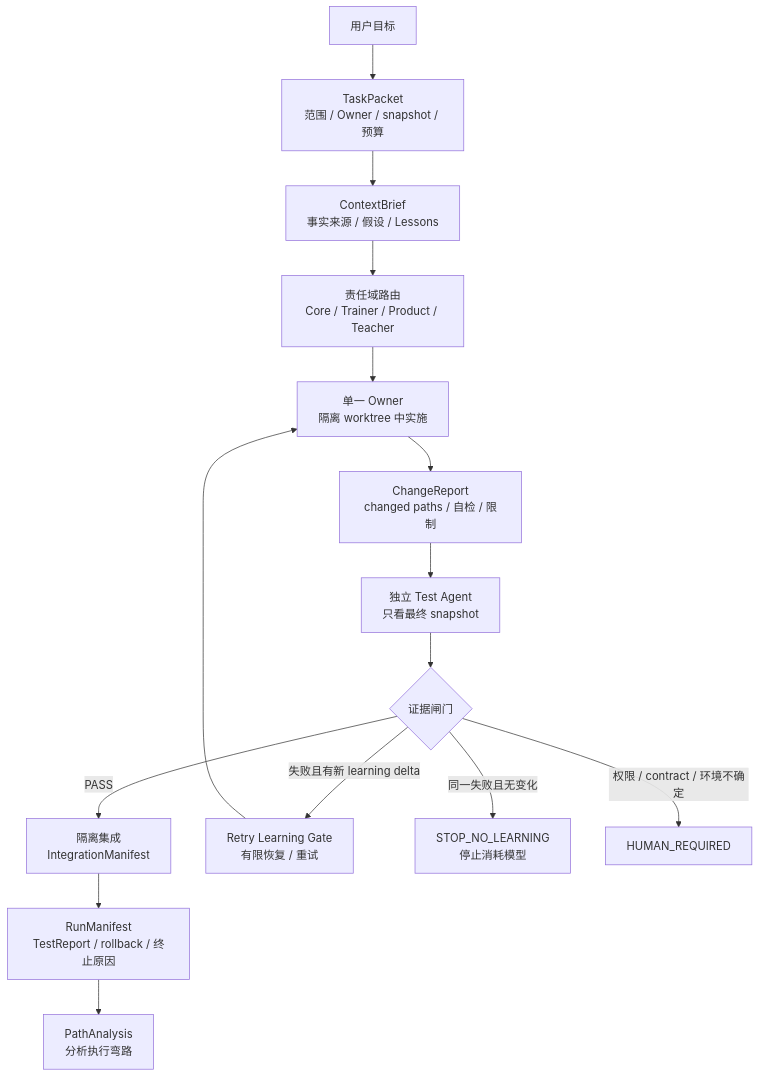
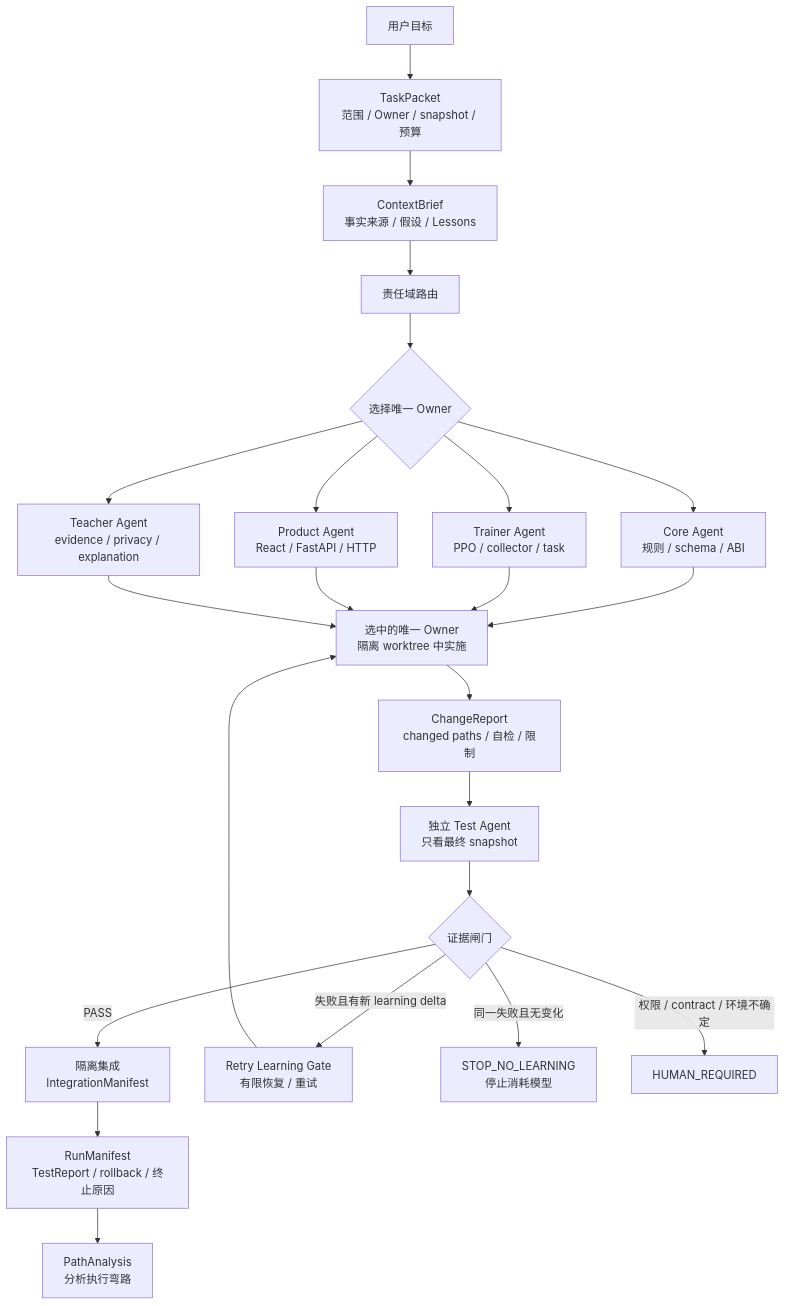
Before and after one commit to c1335872304/gwent-agent-loop: the first of 3 diagrams in README.md, drawn with Mermaid. The commit also changed other lines of this file, not shown here.

Commit message:
Clarify specialist agent architecture

````diff
--- a/README.md
+++ b/README.md
@@ -27,17 +27,25 @@
 ```mermaid
 flowchart TB
     U[用户目标] --> P[TaskPacket<br/>范围 / Owner / snapshot / 预算]
     P --> C[ContextBrief<br/>事实来源 / 假设 / Lessons]
-    C --> R[责任域路由<br/>Core / Trainer / Product / Teacher]
-    R --> O[单一 Owner<br/>隔离 worktree 中实施]
+    C --> R[责任域路由]
+    R --> A{选择唯一 Owner}
+    A --> CA[Core Agent<br/>规则 / schema / ABI]
+    A --> TA[Trainer Agent<br/>PPO / collector / task]
+    A --> PA[Product Agent<br/>React / FastAPI / HTTP]
+    A --> TEA[Teacher Agent<br/>evidence / privacy / explanation]
+    CA --> O[选中的唯一 Owner<br/>隔离 worktree 中实施]
+    TA --> O
+    PA --> O
+    TEA --> O
     O --> CR[ChangeReport<br/>changed paths / 自检 / 限制]
     CR --> T[独立 Test Agent<br/>只看最终 snapshot]
     T --> G{证据闸门}
     G -->|PASS| I[隔离集成<br/>IntegrationManifest]
     G -->|失败且有新 learning delta| RG[Retry Learning Gate<br/>有限恢复 / 重试]
     RG --> O
     G -->|同一失败且无变化| S[STOP_NO_LEARNING<br/>停止消耗模型]
     G -->|权限 / contract / 环境不确定| H[HUMAN_REQUIRED]
     I --> M[RunManifest<br/>TestReport / rollback / 终止原因]
     M --> E[PathAnalysis<br/>分析执行弯路]
 ```
````
